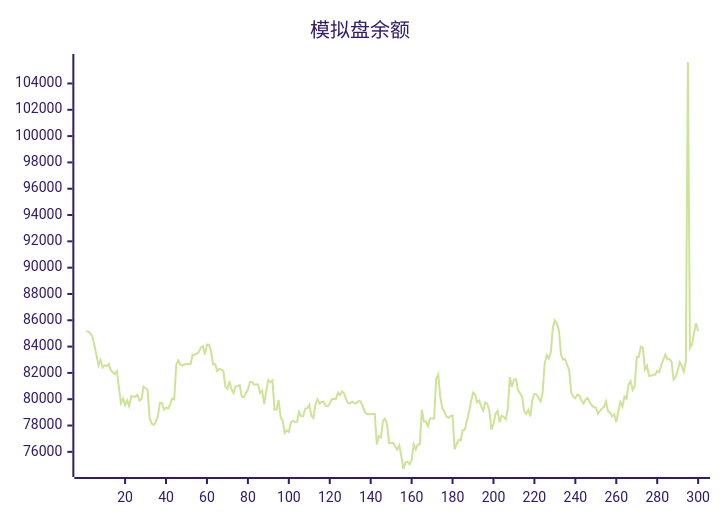
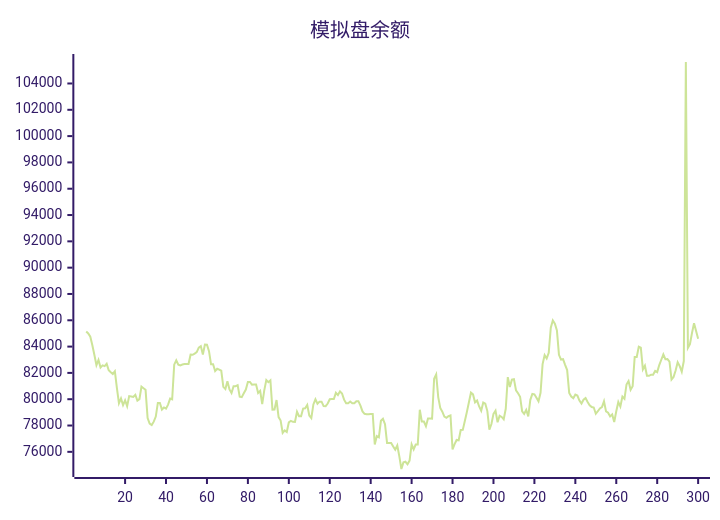
Before and after one commit to aahl/ai-trading: the diagram in README.md, drawn with Mermaid (forest theme). The commit also changed 1 other file, not shown here.

Commit message:
📈 Auto Trading Result

````diff
--- a/README.md
+++ b/README.md
@@ -5,5 +5,5 @@
 ```mermaid
 xychart
     title "模拟盘余额"
-    line [85150,85150,85002,84751,84096,83356,82582,82983,82404,82572,82512,82688,82200,82047,81920,82125,80840,79688,80060,79552,79920,79470,80236,80208,80170,80336,79894,80006,80954,80837,80712,78561,78139,78037,78293,78682,79720,79720,79214,79372,79279,79591,80046,79993,82625,82950,82626,82571,82633,82670,82670,82681,83386,83378,83464,83579,83920,84037,83402,84160,84142,83652,82655,82655,82145,82315,82243,82163,80934,80770,81371,80742,80468,80989,80989,81067,80191,80155,80450,80737,81309,81309,81106,81119,81119,80471,80631,79624,80670,81448,81290,81429,79212,79222,79940,78643,78380,77432,77623,77504,78235,78358,78284,78277,79048,78714,78714,79290,79308,79567,78763,78563,79603,79988,79652,79813,79813,79476,79469,79673,79995,80015,80015,80486,80314,80600,80436,79966,79689,79689,79819,79692,79692,79850,79850,79518,79071,78889,78850,78850,78878,78878,76554,77202,77103,78357,78510,78106,76678,76677,76672,76411,76159,76485,75656,74695,75197,75246,75052,75334,76564,76179,76553,76551,79196,78300,78300,77944,78531,78531,78521,81564,81884,80160,79335,79055,78675,78580,78708,78764,76179,76586,76902,76876,77658,77669,78346,79023,79769,80497,80366,79761,79896,79448,79126,79749,79658,79097,77695,78114,78888,79126,78249,78738,78653,78478,79271,81680,80923,81488,81527,80681,80455,80190,79084,78879,79193,78686,79954,80403,80374,80118,79848,80491,82665,83351,83098,83525,85430,85983,85737,85221,83378,83014,83043,82613,82216,80477,80208,80081,80348,80277,79894,79670,79965,80093,79786,79542,79406,79371,78893,79087,79304,79406,79841,79072,78978,78696,78846,78272,79085,79787,79442,80198,80031,81120,81379,80718,80985,83214,83212,83993,83921,82270,82547,81776,81776,81866,81866,82158,82061,82596,83000,83408,83041,83050,82858,81503,81691,82188,82812,82517,82092,82901,105633,83898,84180,85030,85781,85178]
+    line [85150,85002,84751,84096,83356,82582,82983,82404,82572,82512,82688,82200,82047,81920,82125,80840,79688,80060,79552,79920,79470,80236,80208,80170,80336,79894,80006,80954,80837,80712,78561,78139,78037,78293,78682,79720,79720,79214,79372,79279,79591,80046,79993,82625,82950,82626,82571,82633,82670,82670,82681,83386,83378,83464,83579,83920,84037,83402,84160,84142,83652,82655,82655,82145,82315,82243,82163,80934,80770,81371,80742,80468,80989,80989,81067,80191,80155,80450,80737,81309,81309,81106,81119,81119,80471,80631,79624,80670,81448,81290,81429,79212,79222,79940,78643,78380,77432,77623,77504,78235,78358,78284,78277,79048,78714,78714,79290,79308,79567,78763,78563,79603,79988,79652,79813,79813,79476,79469,79673,79995,80015,80015,80486,80314,80600,80436,79966,79689,79689,79819,79692,79692,79850,79850,79518,79071,78889,78850,78850,78878,78878,76554,77202,77103,78357,78510,78106,76678,76677,76672,76411,76159,76485,75656,74695,75197,75246,75052,75334,76564,76179,76553,76551,79196,78300,78300,77944,78531,78531,78521,81564,81884,80160,79335,79055,78675,78580,78708,78764,76179,76586,76902,76876,77658,77669,78346,79023,79769,80497,80366,79761,79896,79448,79126,79749,79658,79097,77695,78114,78888,79126,78249,78738,78653,78478,79271,81680,80923,81488,81527,80681,80455,80190,79084,78879,79193,78686,79954,80403,80374,80118,79848,80491,82665,83351,83098,83525,85430,85983,85737,85221,83378,83014,83043,82613,82216,80477,80208,80081,80348,80277,79894,79670,79965,80093,79786,79542,79406,79371,78893,79087,79304,79406,79841,79072,78978,78696,78846,78272,79085,79787,79442,80198,80031,81120,81379,80718,80985,83214,83212,83993,83921,82270,82547,81776,81776,81866,81866,82158,82061,82596,83000,83408,83041,83050,82858,81503,81691,82188,82812,82517,82092,82901,105633,83898,84180,85030,85781,85178,84604]
 ```
````
